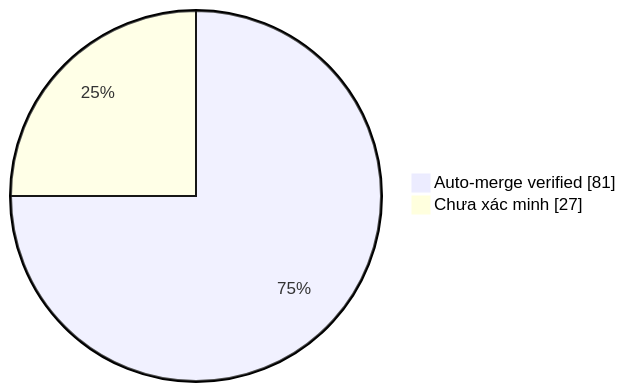
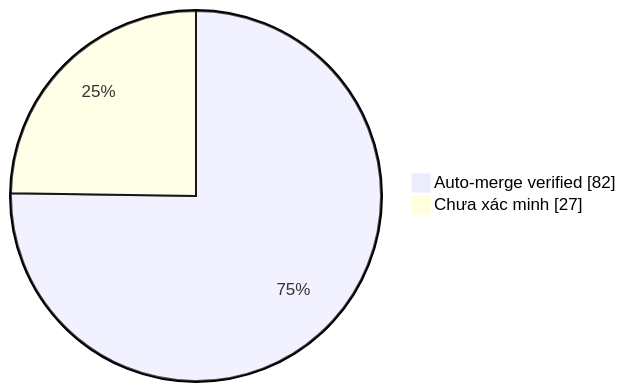
The diagram in collector.md (duykhang68/tetdinhmuiblog), drawn with Mermaid before and after one commit. The commit also changed other lines of this file and 1 other file, not shown here.

Commit message:
docs(collector): update auto-merge evidence dashboard

````diff
--- a/collector.md
+++ b/collector.md
@@ -22,5 +22,5 @@
 ```mermaid
 pie showData
-    "Auto-merge verified" : 81
+    "Auto-merge verified" : 82
     "Chưa xác minh" : 27
 ```
````
